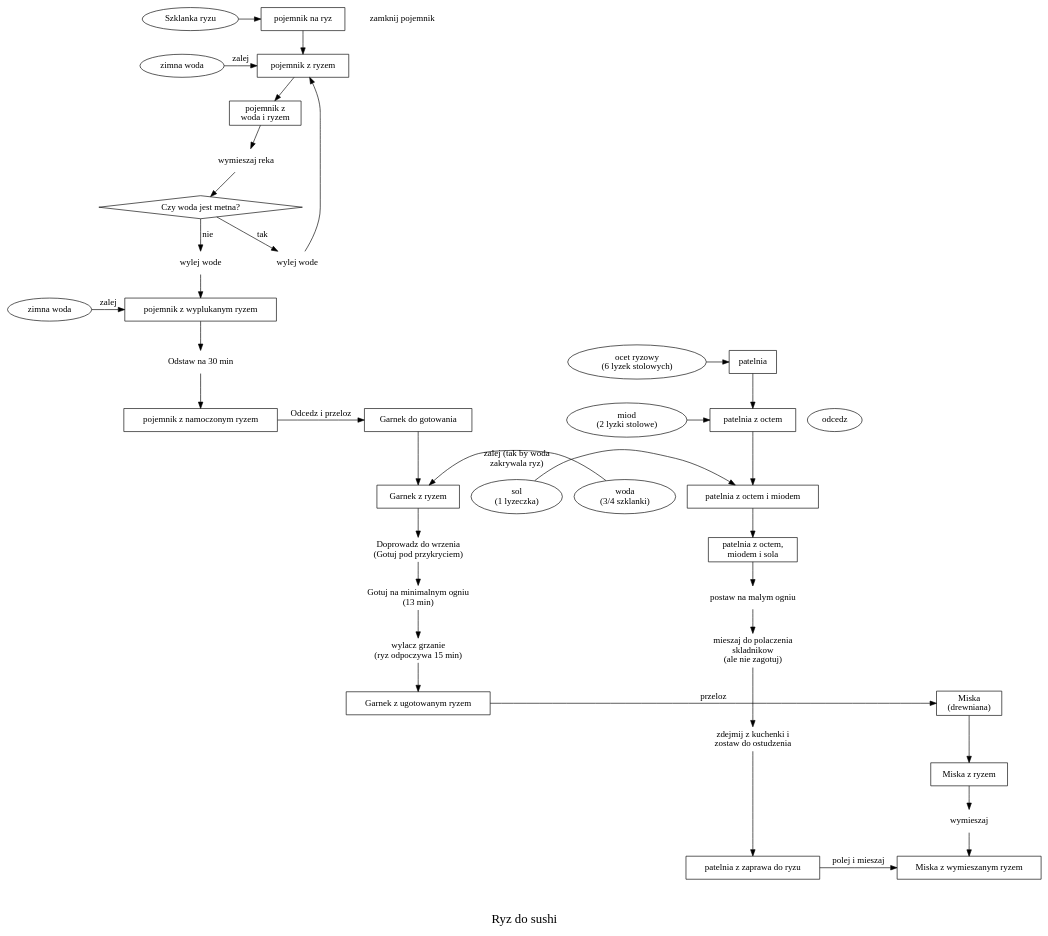
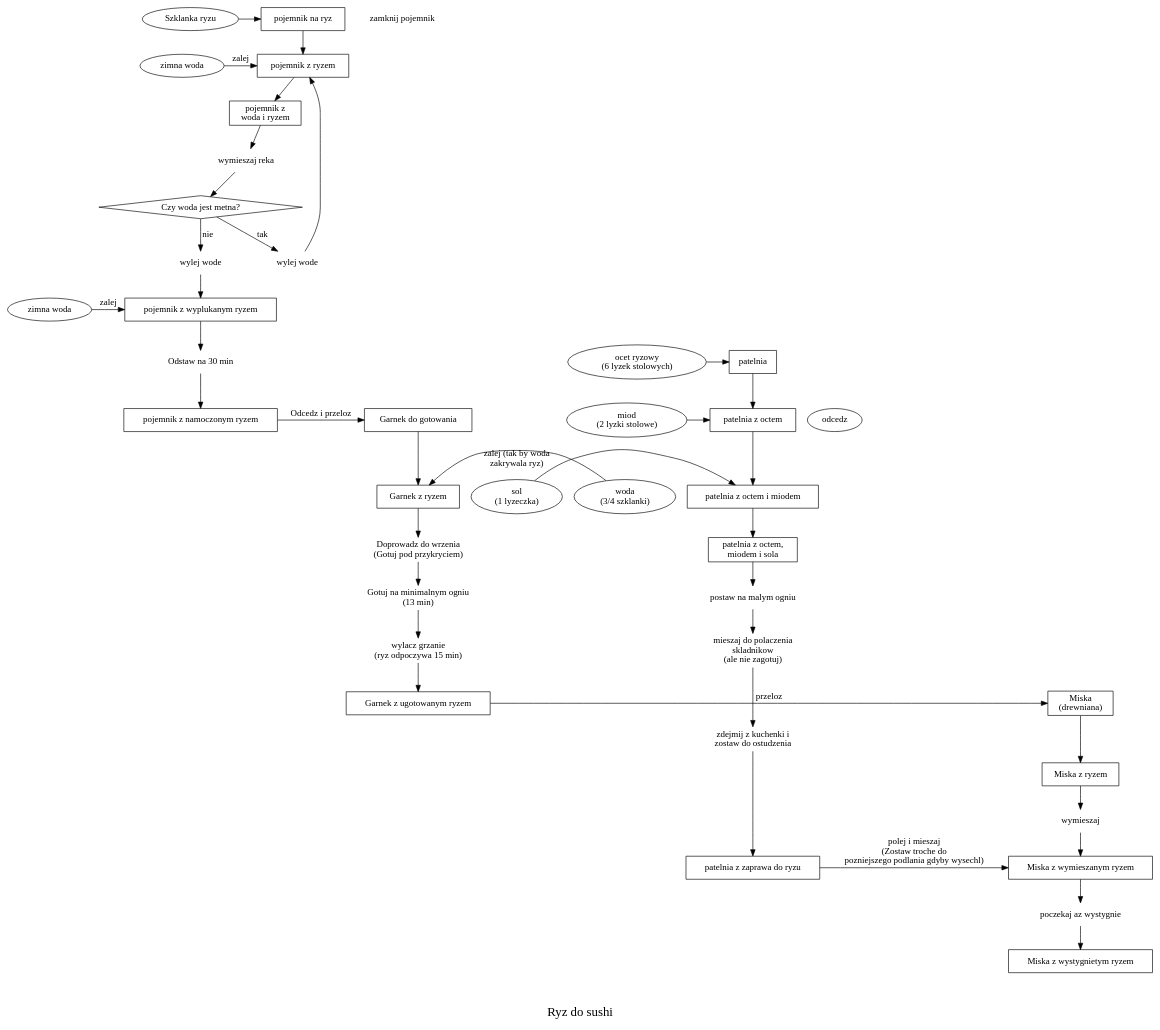
One commit to yetanotherdeveloper/cooking-reciepes-as-graphs changed the diagram in sushi/ryz.dot. Above: the diagram before and after it, drawn with Graphviz.

Commit message:
- rice to sushi done

```diff
--- a/sushi/ryz.dot
+++ b/sushi/ryz.dot
@@ -1,75 +1,78 @@
 
 digraph G {
   fontsize=20
   label="\n\nRyz do sushi"
   URL="https://www.youtube.com/watch?v=l3D-AV_AYyo&t=226s"
   {rank=same ryz,pojemnik}
   {rank=same woda,pojemnik2}
   {rank=same woda2,pojemnik4}
   {rank=same odcedz,pojemnik5,garnek}
   {rank=same odstaw,ocet,patelnia}
   {rank=same miod,patelnia2}
   {rank=same woda3,garnek2}
   {rank=same sol,patelnia3}
   {rank=same garnek3,miska}
   {rank=same patelnia5,miska3}
   ryz[label="Szklanka ryzu"]
   woda[label="zimna woda"]
   woda2[label="zimna woda"]
   woda3[label="woda \n(3/4 szklanki)"]
   miod[label="miod\n(2 lyzki stolowe)"]
   ocet[label="ocet ryzowy\n(6 lyzek stolowych)"]
   sol[label="sol\n(1 lyzeczka)"]
   mieszaj[label="wymieszaj reka",shape=none]
   wymieszaj[label="wymieszaj",shape=none]
   mieszaj3[label="mieszaj do polaczenia\n skladnikow\n(ale nie zagotuj)",shape=none]
   wylej[label="wylej wode",shape=none]
   wylej2[label="wylej wode",shape=none]
   podgrzej[label="postaw na malym ogniu",shape=none]
   metna[label="Czy woda jest metna?",shape=diamond]
   zamknij[label="zamknij pojemnik",shape=none]
   ostodz[label="zdejmij z kuchenki i\nzostaw do ostudzenia",shape=none]
+  czekaj[label="poczekaj az wystygnie",shape=none]
   odstaw[label="Odstaw na 30 min",shape=none]
   gotuj1[label="Doprowadz do wrzenia\n(Gotuj pod przykryciem)",shape=none]
   gotuj2[label="Gotuj na minimalnym ogniu\n(13 min)",shape=none]
   gotuj3[label="wylacz grzanie \n(ryz odpoczywa 15 min)",shape=none]
   patelnia[shape=rectangle,label="patelnia"]
   patelnia2[shape=rectangle,label="patelnia z octem"]
   patelnia3[shape=rectangle,label="patelnia z octem i miodem"]
   patelnia4[shape=rectangle,label="patelnia z octem,\n miodem i sola"]
   patelnia5[shape=rectangle,label="patelnia z zaprawa do ryzu"]
   pojemnik[shape=rectangle,label="pojemnik na ryz"]
   ryz->pojemnik
   pojemnik2[shape=rectangle,label="pojemnik z ryzem"]
   pojemnik3[shape=rectangle,label="pojemnik z \nwoda i ryzem"]
   pojemnik4[shape=rectangle,label="pojemnik z wyplukanym ryzem"]
   pojemnik5[shape=rectangle,label="pojemnik z namoczonym ryzem"]
   garnek[shape=rectangle,label="Garnek do gotowania"]
   garnek2[shape=rectangle,label="Garnek z ryzem"]
   garnek3[shape=rectangle,label="Garnek z ugotowanym ryzem"]
   miska[shape=rectangle,label="Miska\n(drewniana)"]
   miska2[shape=rectangle,label="Miska z ryzem"]
   miska3[shape=rectangle,label="Miska z wymieszanym ryzem"]
+  miska4[shape=rectangle,label="Miska z wystygnietym ryzem"]
   woda->pojemnik2[label="zalej"]
   pojemnik->pojemnik2->pojemnik3->mieszaj->metna
   metna->wylej[label="tak"]
   metna->wylej2[label="nie"]
   wylej->pojemnik2
   wylej2->pojemnik4
   woda2->pojemnik4[label="zalej"] 
   pojemnik4->odstaw->pojemnik5
   ocet->patelnia
   miod->patelnia2
   sol->patelnia3->patelnia4
   patelnia->patelnia2->patelnia3
   patelnia4->podgrzej->mieszaj3->ostodz->patelnia5
   pojemnik5->garnek[label="Odcedz i przeloz"]
   garnek->garnek2
   woda3->garnek2[label="zalej (tak by woda\n zakrywala ryz)"]
   garnek2->gotuj1->gotuj2->gotuj3->garnek3
   garnek3->miska[label="przeloz"]
   miska->miska2->wymieszaj->miska3
-  patelnia5->miska3[label="polej i mieszaj"]
+  patelnia5->miska3[label="polej i mieszaj\n(Zostaw troche do\n pozniejszego podlania gdyby wysechl)"]
+  miska3->czekaj->miska4
   
 // Odcedz , 3:44 w filmie
 }
```
